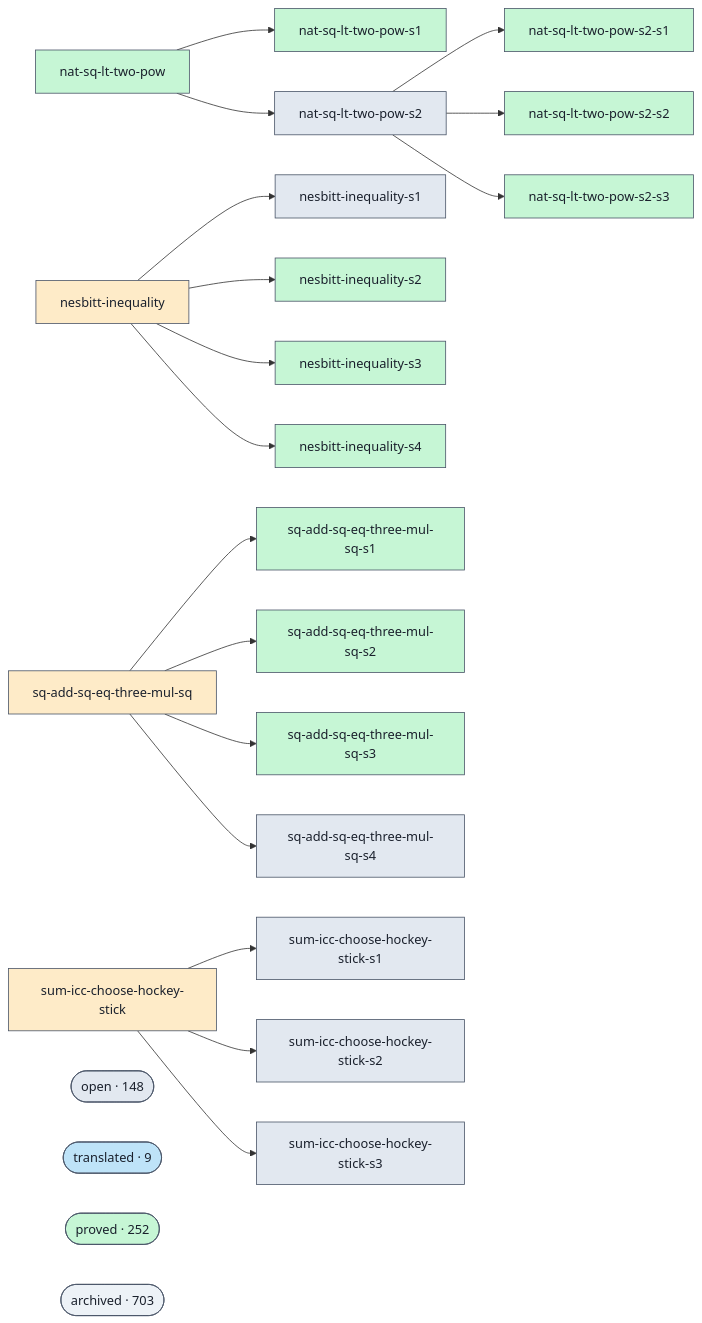
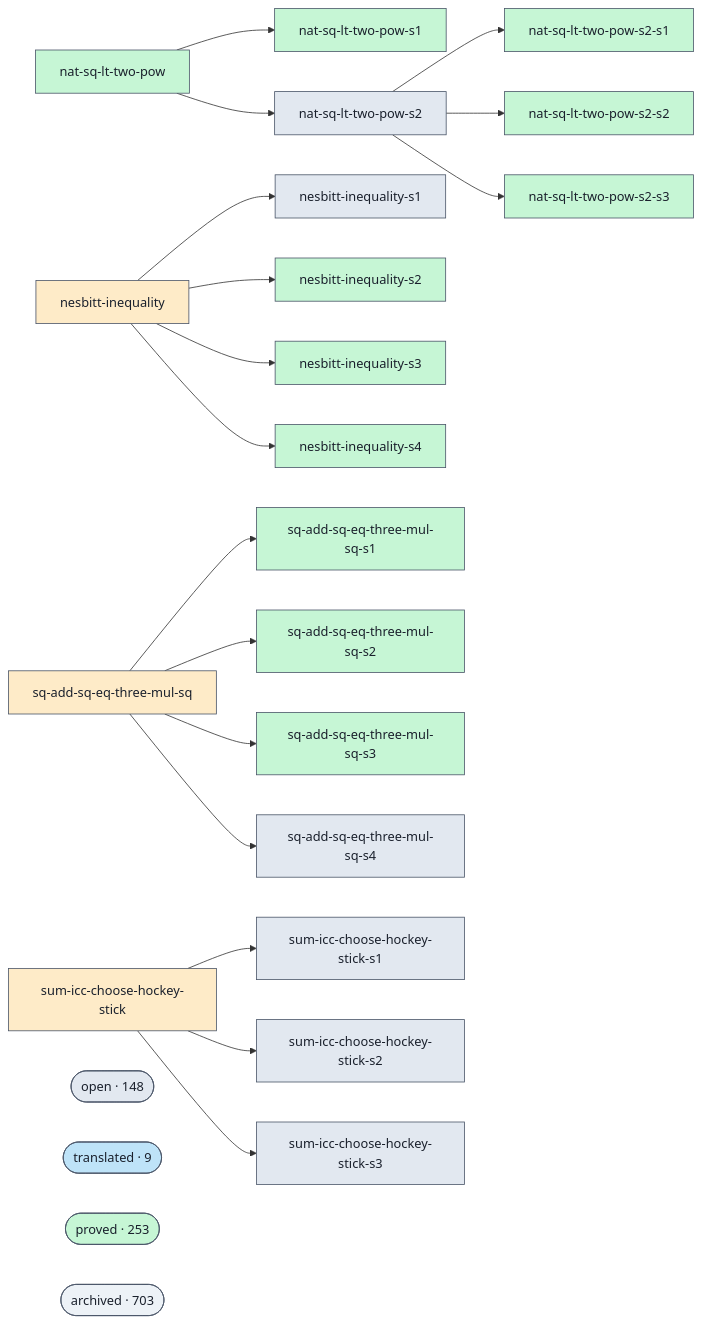
One commit to ohdearquant/unsorry changed the diagram in docs/proofs-contributors-visualisation.md. Above: the diagram before and after it, drawn with Mermaid. The commit also changed other lines of this file and 2 other files, not shown here.

```diff
--- a/docs/proofs-contributors-visualisation.md
+++ b/docs/proofs-contributors-visualisation.md
@@ -102,7 +102,7 @@
   class cluster_open open;
   cluster_translated(["translated · 9"])
   class cluster_translated translated;
-  cluster_proved(["proved · 252"])
+  cluster_proved(["proved · 253"])
   class cluster_proved proved;
   cluster_archived(["archived · 703"])
   class cluster_archived unknown;
```
